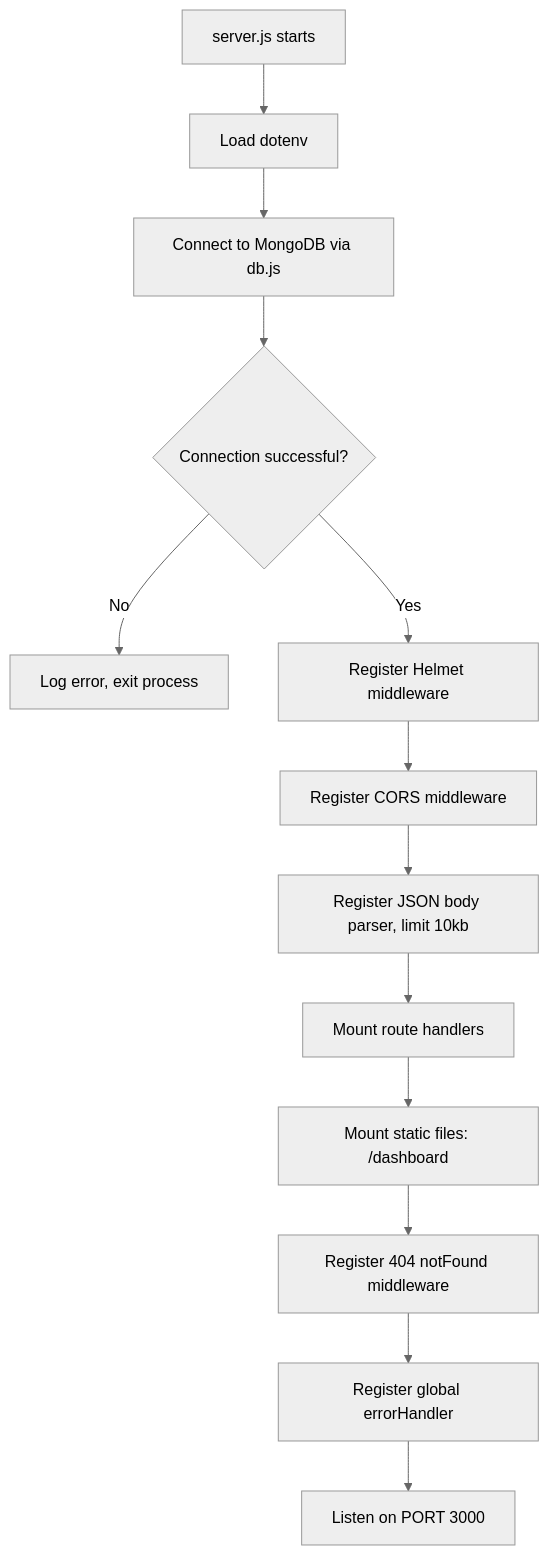
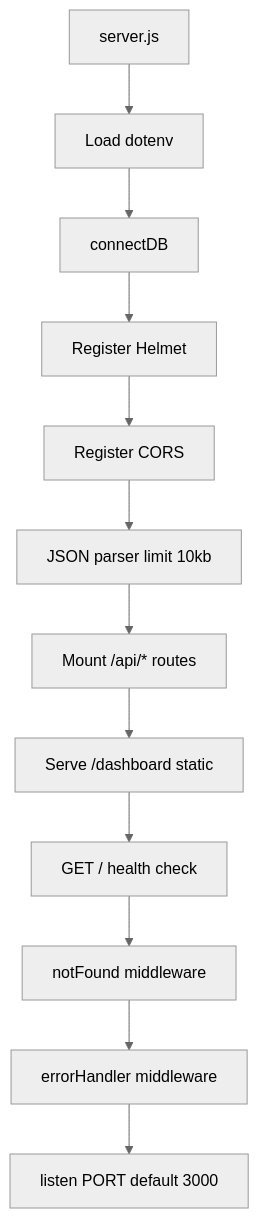
Before and after one commit to ayatkady/eelu-library-hub: diagram 17 of 17 in DOCUMENTATION.md, drawn with Mermaid (neutral theme). The commit also changed other lines of this file and 21 other files, not shown here.

````diff
--- a/DOCUMENTATION.md
+++ b/DOCUMENTATION.md
@@ -1679,15 +2473,14 @@
 ```mermaid
 flowchart TD
-    A[server.js starts] --> B[Load dotenv]
-    B --> C[Connect to MongoDB via db.js]
-    C --> D{Connection successful?}
-    D -- No --> E[Log error, exit process]
-    D -- Yes --> F[Register Helmet middleware]
-    F --> G[Register CORS middleware]
-    G --> H[Register JSON body parser, limit 10kb]
-    H --> I[Mount route handlers]
-    I --> J[Mount static files: /dashboard]
-    J --> K[Register 404 notFound middleware]
-    K --> L[Register global errorHandler]
-    L --> M[Listen on PORT 3000]
+    A[server.js] --> B[Load dotenv]
+    B --> C[connectDB]
+    C --> D[Register Helmet]
+    D --> E[Register CORS]
+    E --> F[JSON parser limit 10kb]
+    F --> G[Mount /api/* routes]
+    G --> H[Serve /dashboard static]
+    H --> I[GET / health check]
+    I --> J[notFound middleware]
+    J --> K[errorHandler middleware]
+    K --> L[listen PORT default 3000]
 ```
````
